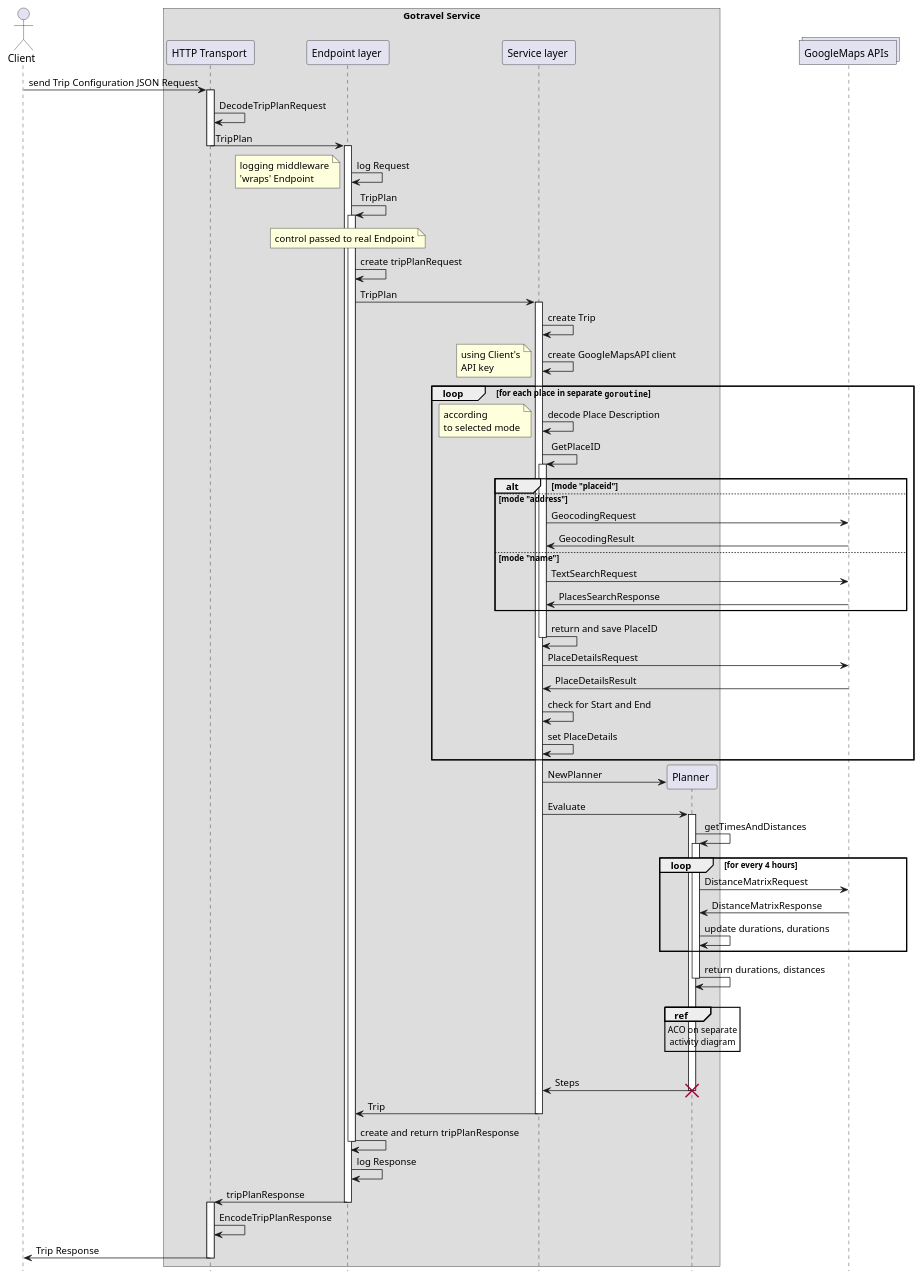
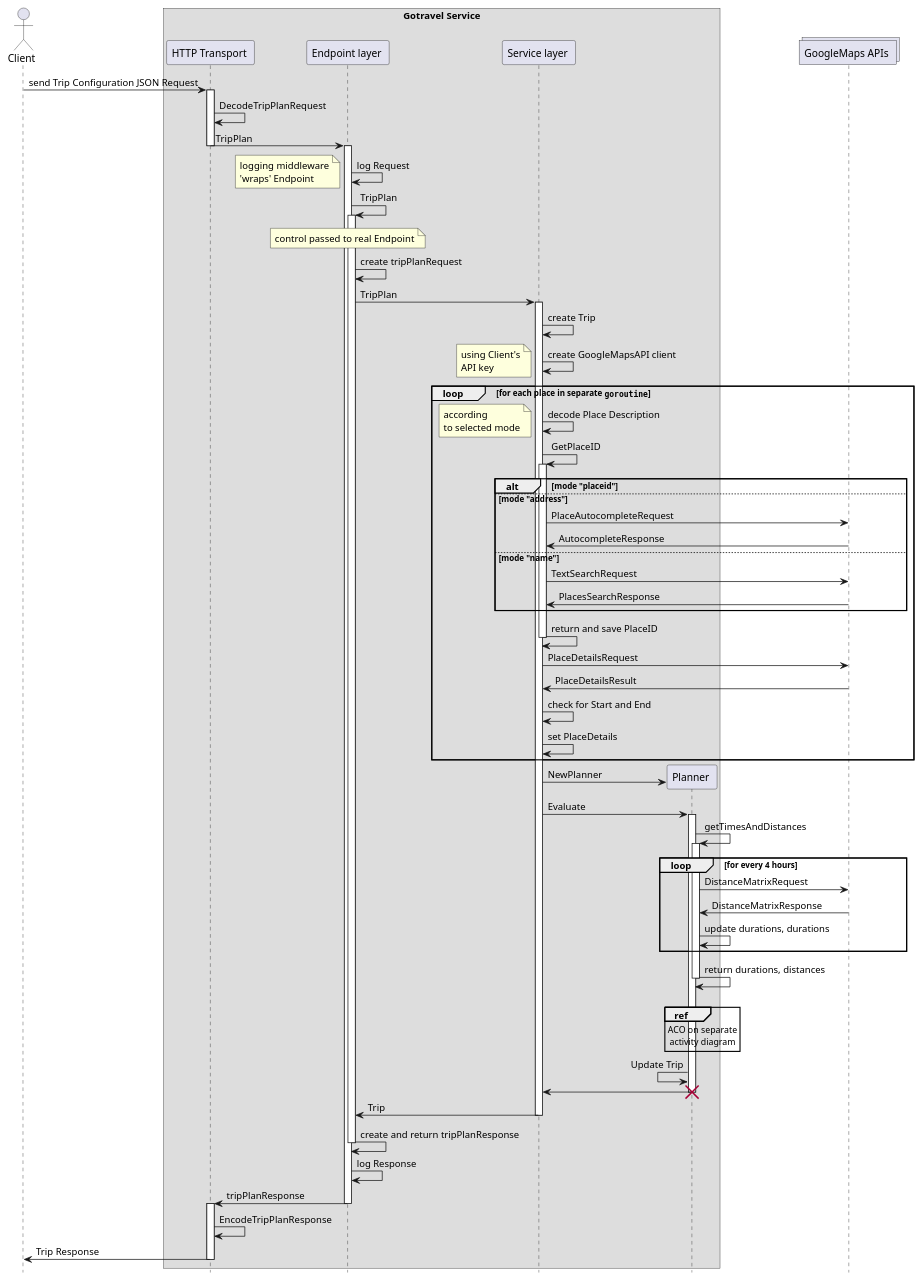
One commit to radekwlsk/go-travel changed the diagram in svc_sequence.plantuml. Above: the diagram before and after it, drawn with PlantUML. The commit also changed 5 other files, not shown here.

```diff
--- a/svc_sequence.plantuml
+++ b/svc_sequence.plantuml
@@ -1,90 +1,90 @@
 @startuml
 
 actor Client as C
 
 box "Gotravel Service"
  participant "HTTP Transport " as T
  participant "Endpoint layer " as E
  participant "Service layer " as S
  participant "Planner " as P
 end box
 collections "GoogleMaps APIs " as G
 
 C -> T: send Trip Configuration JSON Request
 activate T
 T -> T: DecodeTripPlanRequest
 T -> E: TripPlan
 deactivate T
 activate E
 E -> E: log Request
 note left: logging middleware\n'wraps' Endpoint
 E -> E: TripPlan
 activate E
 note over E: control passed to real Endpoint
 E -> E: create tripPlanRequest
 E -> S: TripPlan
 
 activate S
 S -> S: create Trip
 S -> S: create GoogleMapsAPI client
 note left: using Client's\nAPI key
 
 loop for each place in separate ""goroutine""
  S -> S: decode Place Description
  note left: according\nto selected mode
  S -> S: GetPlaceID
  activate S
  alt mode "placeid"
  else mode "address"
- S -> G: GeocodingRequest
- S <- G: GeocodingResult
+ S -> G: PlaceAutocompleteRequest
+ S <- G: AutocompleteResponse
  else mode "name"
  S -> G: TextSearchRequest
  S <- G: PlacesSearchResponse
  end alt
  S -> S: return and save PlaceID
  deactivate S
  S -> G: PlaceDetailsRequest
  S <- G: PlaceDetailsResult
  S -> S: check for Start and End
  S -> S: set PlaceDetails
 end loop
 
 create P
 S -> P: NewPlanner
 S -> P: Evaluate
 activate P
 P -> P: getTimesAndDistances
 activate P
 loop for every 4 hours
  P -> G: DistanceMatrixRequest
  P <- G: DistanceMatrixResponse
  P -> P: update durations, durations
 end loop
 P -> P: return durations, distances
 deactivate P
 |||
 ref over P
  ACO on separate
  activity diagram
 end
-|||
-S <- P: Steps
+P <- P: Update Trip
+S <- P:
 destroy P
 E <- S: Trip
 
 deactivate S
 
 E -> E: create and return tripPlanResponse
 deactivate E
 E -> E: log Response
 T <- E: tripPlanResponse
 deactivate E
 activate T
 T -> T: EncodeTripPlanResponse
 C <- T: Trip Response
 deactivate T
 
 hide footbox
 
 @enduml
```
